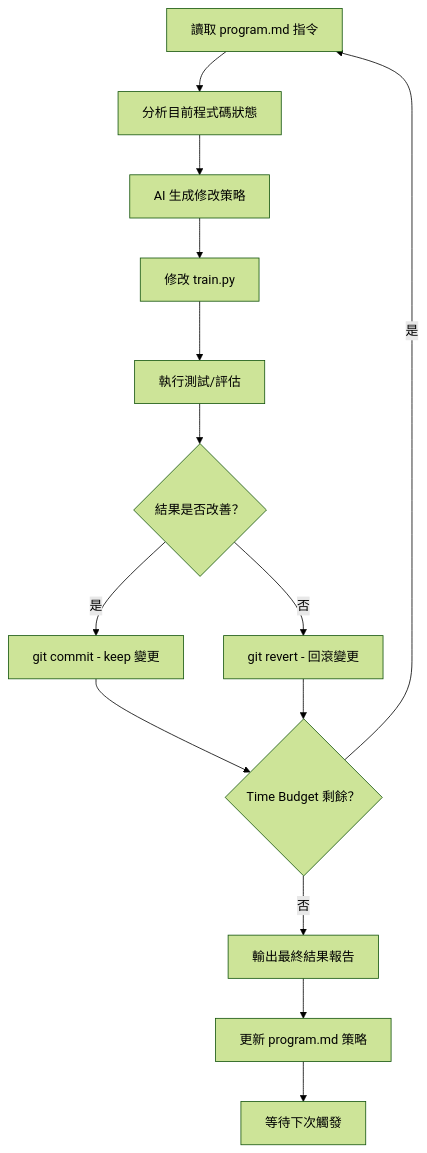
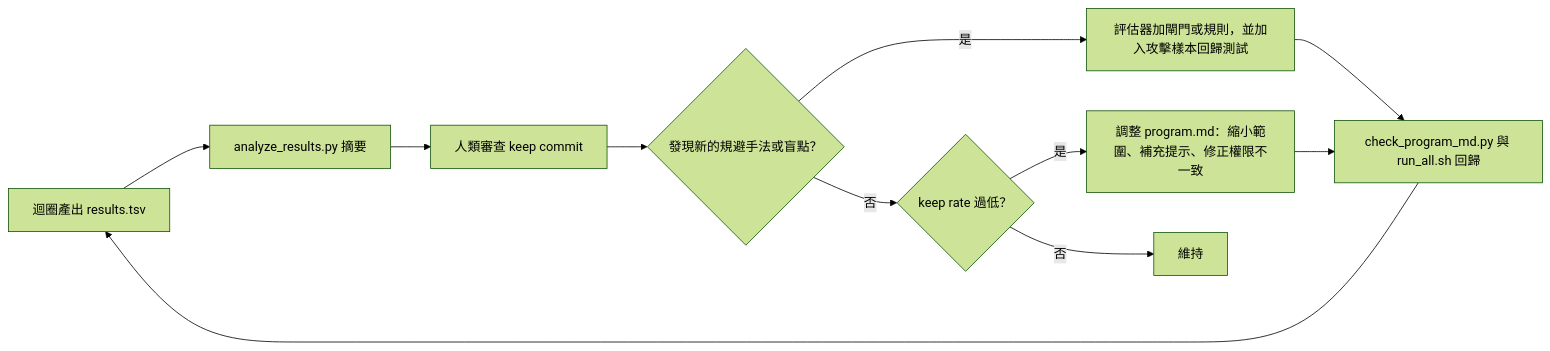
One commit to chihhung/Blog changed the fifth of 7 diagrams in content/posts/教學/AI開發/AutoResearch 驅動 SSDLC（安全軟體開發生命週期）教學手冊.md. Above: the diagram before and after it, drawn with Mermaid (forest theme). The commit also changed other lines of this file and 4 other files, not shown here.

````diff
--- a/content/posts/教學/AI開發/AutoResearch 驅動 SSDLC（安全軟體開發生命週期）教學手冊.md
+++ b/content/posts/教學/AI開發/AutoResearch 驅動 SSDLC（安全軟體開發生命週期）教學手冊.md
@@ -221,16 +2765,13 @@
 ```mermaid
-graph TD
-    A[讀取 program.md 指令] --> B[分析目前程式碼狀態]
-    B --> C[AI 生成修改策略]
-    C --> D[修改 train.py]
-    D --> E[執行測試/評估]
-    E --> F{結果是否改善？}
-    F -->|是| G[git commit - keep 變更]
-    F -->|否| H[git revert - 回滾變更]
-    G --> I{Time Budget 剩餘？}
-    H --> I
-    I -->|是| A
-    I -->|否| J[輸出最終結果報告]
-    J --> K[更新 program.md 策略]
-    K --> L[等待下次觸發]
+flowchart LR
+    A["迴圈產出 results.tsv"] --> B["analyze_results.py 摘要"]
+    B --> C["人類審查 keep commit"]
+    C --> D{"發現新的規避手法或盲點？"}
+    D -->|是| E["評估器加閘門或規則，並加入攻擊樣本回歸測試"]
+    D -->|否| F{"keep rate 過低？"}
+    F -->|是| G["調整 program.md：縮小範圍、補充提示、修正權限不一致"]
+    F -->|否| H["維持"]
+    E --> I["check_program_md.py 與 run_all.sh 回歸"]
+    G --> I
+    I --> A
 ```
````
